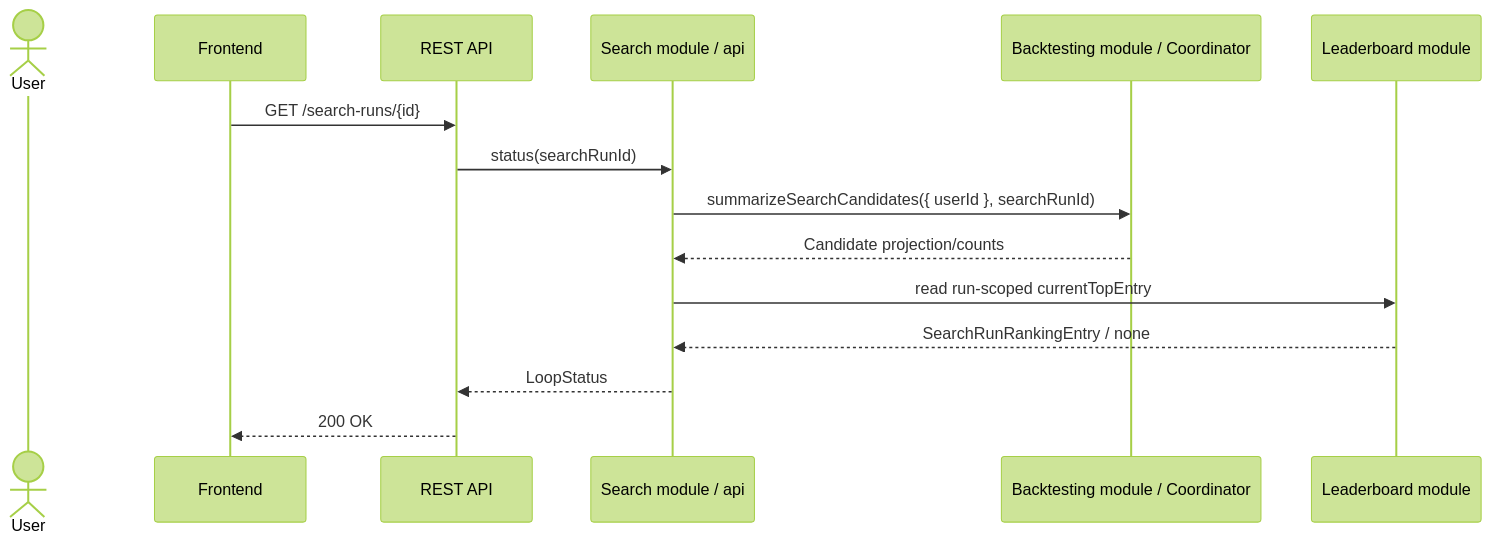
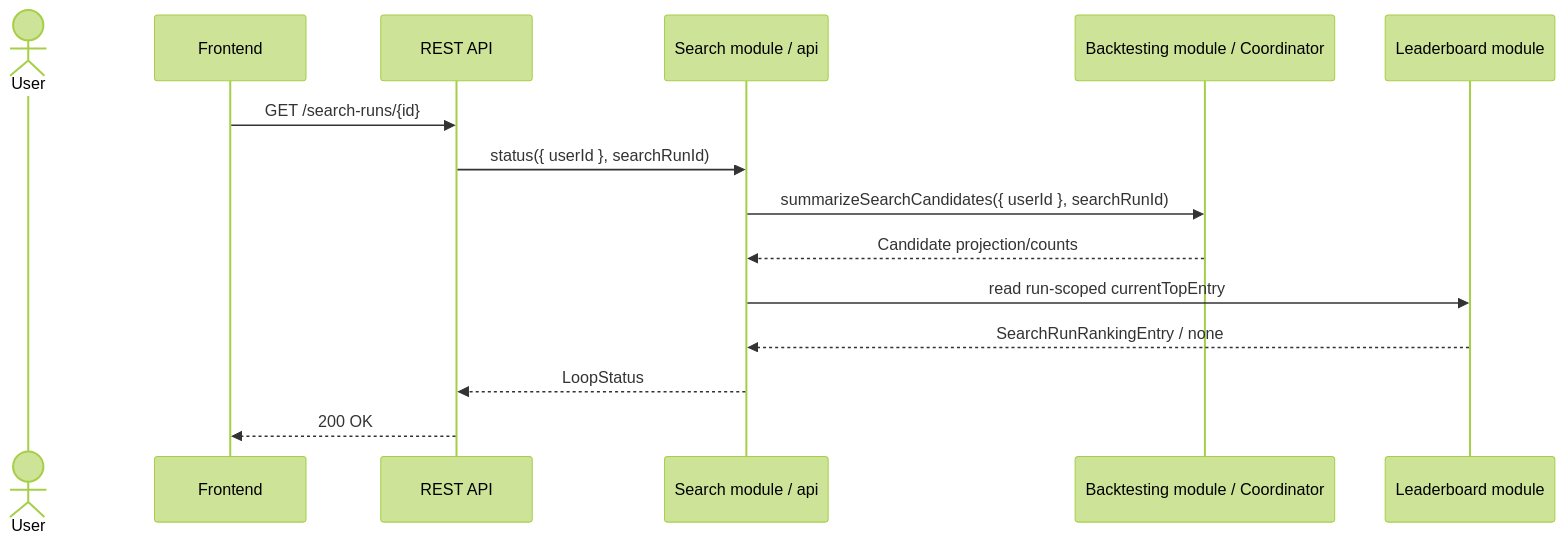
Before and after one commit to thanhdatttt/Cryptox: the seventh of 9 diagrams in openspec/specs/search-spec.md, drawn with Mermaid (forest theme). The commit also changed other lines of this file and 10 other files, not shown here.

````diff
--- a/openspec/specs/search-spec.md
+++ b/openspec/specs/search-spec.md
@@ -252,18 +259,18 @@
 ```mermaid
 sequenceDiagram
     actor U as User
     participant FE as Frontend
     participant API as REST API
     participant O as Search module / api
     participant BC as Backtesting module / Coordinator
     participant L as Leaderboard module
 
     FE->>API: GET /search-runs/{id}
-    API->>O: status(searchRunId)
+    API->>O: status({ userId }, searchRunId)
     O->>BC: summarizeSearchCandidates({ userId }, searchRunId)
     BC-->>O: Candidate projection/counts
     O->>L: read run-scoped currentTopEntry
     L-->>O: SearchRunRankingEntry / none
     O-->>API: LoopStatus
     API-->>FE: 200 OK
 ```
````
